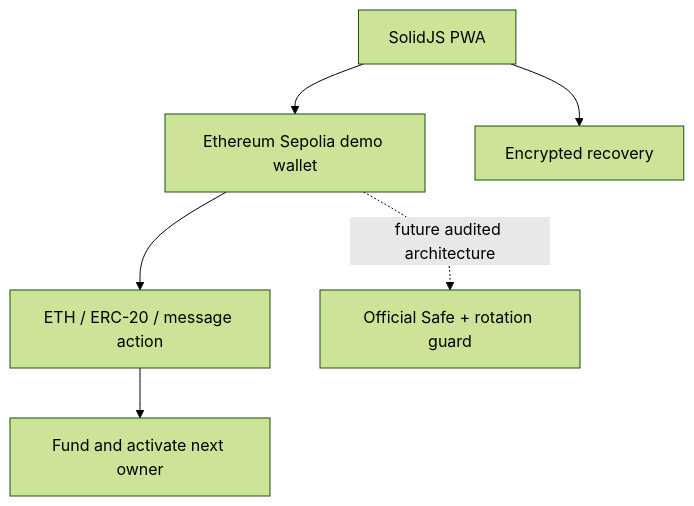
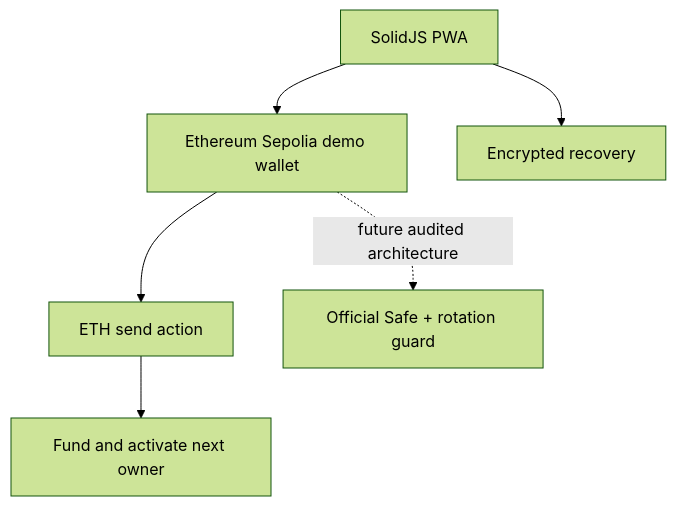
Before and after one commit to SilentCicero/bunker-wallet: the second of 2 diagrams in README.md, drawn with Mermaid (forest theme). The commit also changed other lines of this file and 16 other files, not shown here.

````diff
--- a/README.md
+++ b/README.md
@@ -50,8 +50,8 @@
 ```mermaid
 flowchart TB
   PWA[SolidJS PWA] --> D[Ethereum Sepolia demo wallet]
-  D --> A[ETH / ERC-20 / message action]
+  D --> A[ETH send action]
   A --> K[Fund and activate next owner]
   PWA --> V[Encrypted recovery]
   D -. future audited architecture .-> S[Official Safe + rotation guard]
 ```
````
